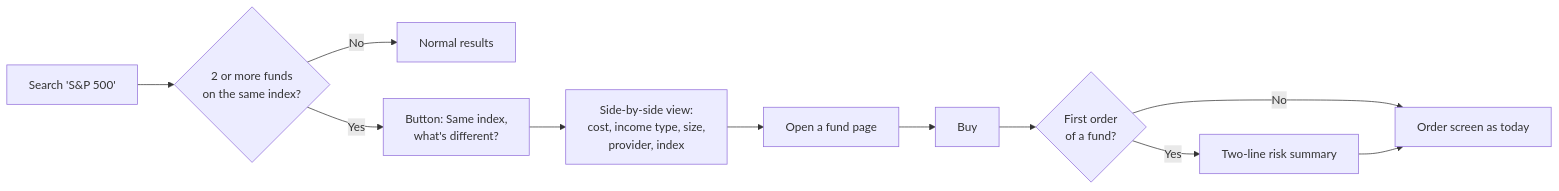
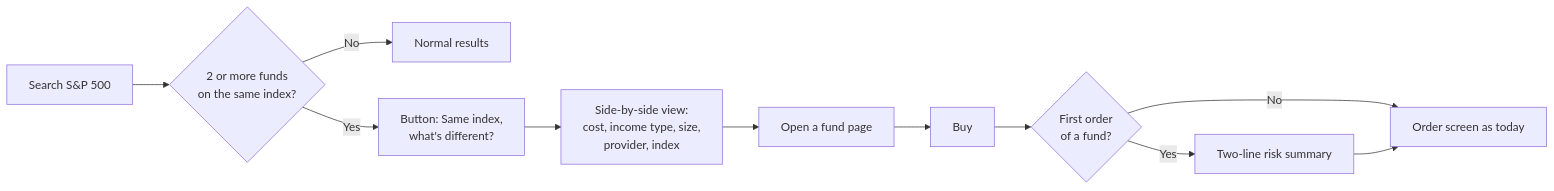
One commit to mghazwan06-star/revolut-investing-teardown changed the diagram in 05-prd/prd.md. Above: the diagram before and after it, drawn with Mermaid. The commit also changed other lines of this file and 3 other files, not shown here.

Commit message:
Add navigation and cross-links to PR/FAQ and PRD; quote Mermaid labels

````diff
--- a/05-prd/prd.md
+++ b/05-prd/prd.md
@@ -98,13 +100,13 @@
 ```mermaid
 flowchart LR
-    A[Search 'S&P 500'] --> B{2 or more funds<br/>on the same index?}
-    B -- No --> C[Normal results]
-    B -- Yes --> D[Button: Same index,<br/>what's different?]
-    D --> E[Side-by-side view:<br/>cost, income type, size,<br/>provider, index]
-    E --> F[Open a fund page]
-    F --> G[Buy]
-    G --> H{First order<br/>of a fund?}
-    H -- Yes --> I[Two-line risk summary]
-    H -- No --> J[Order screen as today]
+    A["Search S&P 500"] --> B{"2 or more funds<br/>on the same index?"}
+    B -- No --> C["Normal results"]
+    B -- Yes --> D["Button: Same index,<br/>what's different?"]
+    D --> E["Side-by-side view:<br/>cost, income type, size,<br/>provider, index"]
+    E --> F["Open a fund page"]
+    F --> G["Buy"]
+    G --> H{"First order<br/>of a fund?"}
+    H -- Yes --> I["Two-line risk summary"]
+    H -- No --> J["Order screen as today"]
     I --> J
 ```
````
